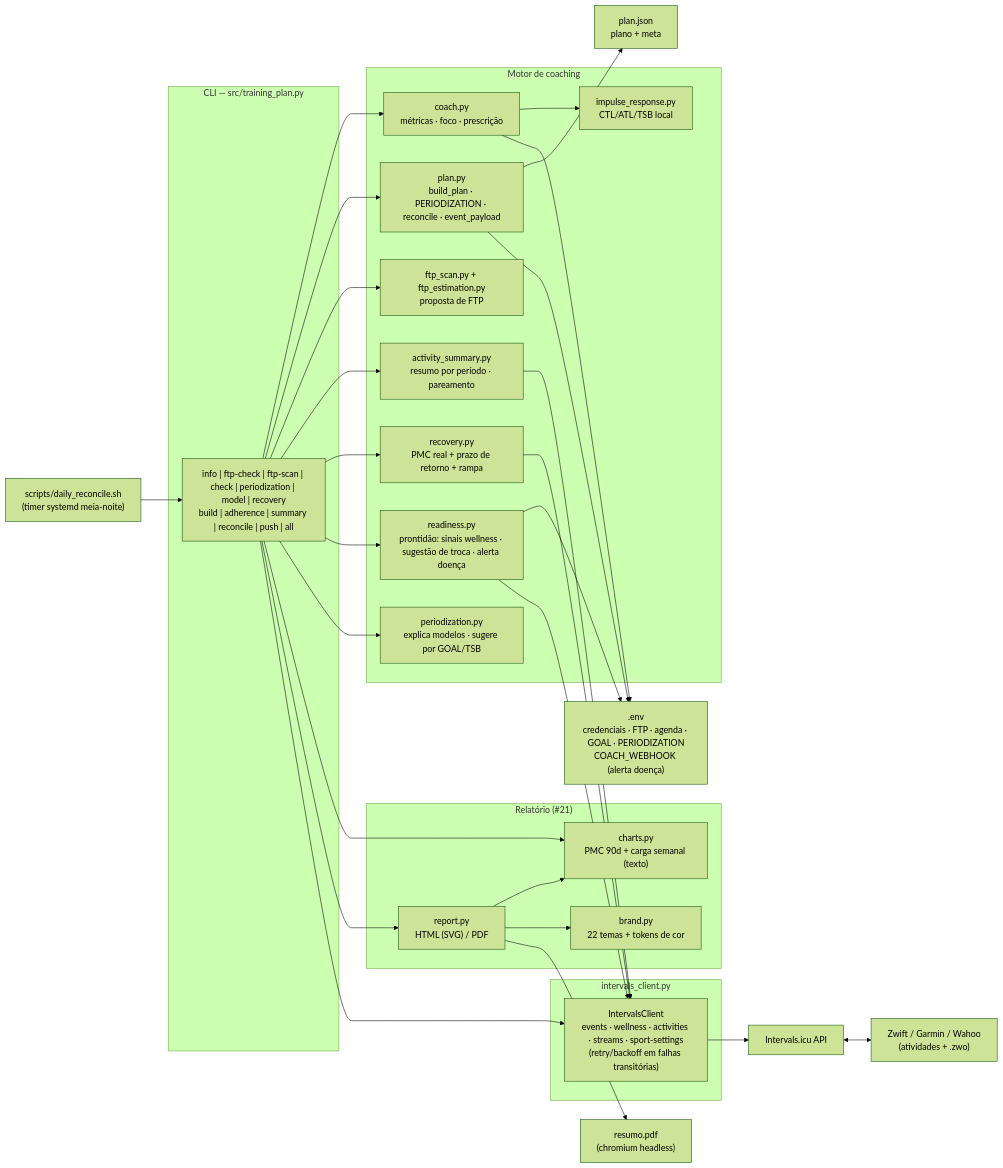
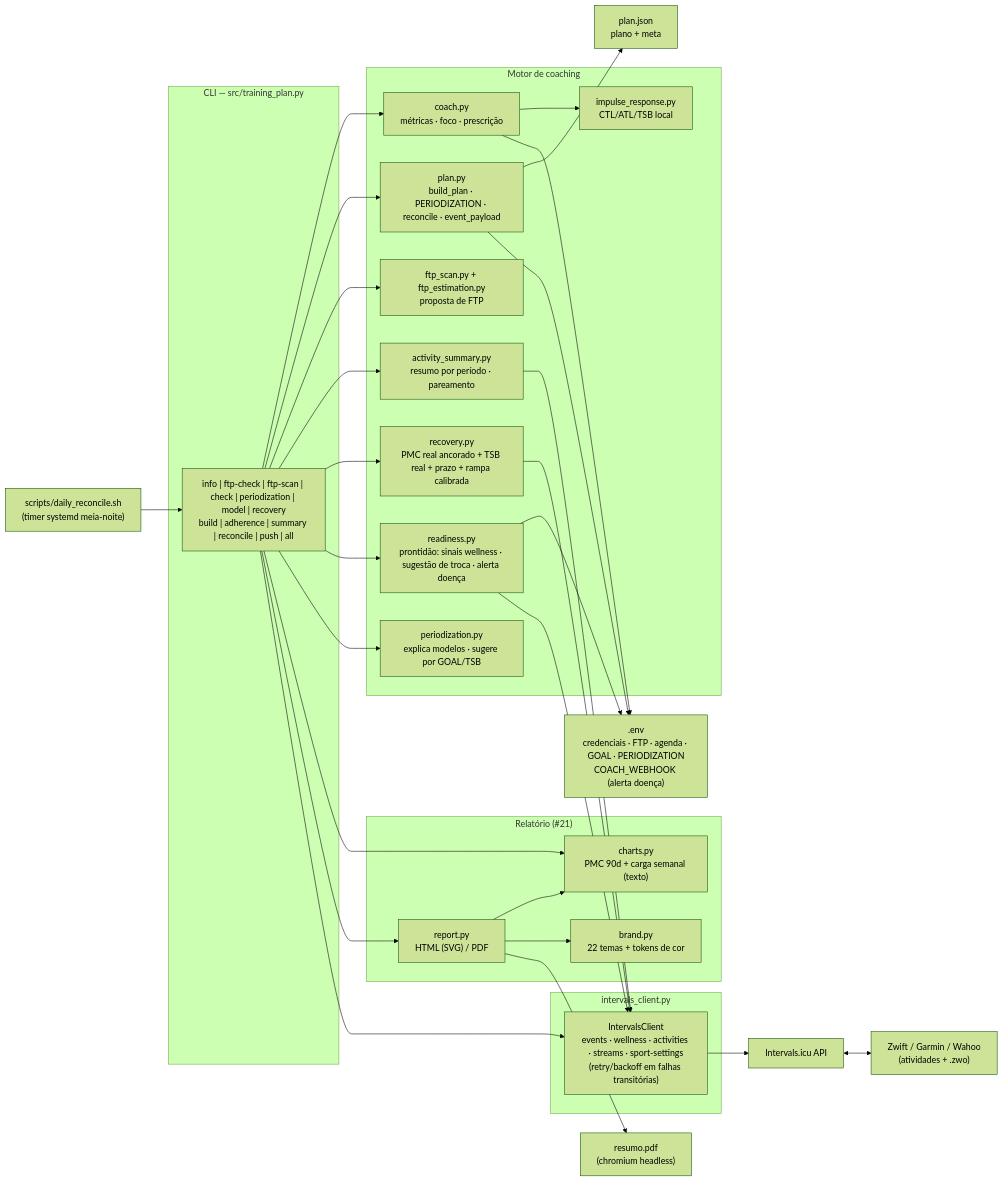
Before and after one commit to valdelin/Hermes-coach: the first of 6 diagrams in docs/DIAGRAMAS.md, drawn with Mermaid (forest theme). The commit also changed other lines of this file and 9 other files, not shown here.

First line of the commit message:
docs(diagramas): diagramas alinhados ao codigo atual (v0.0.29, 374 testes)

````diff
--- a/docs/DIAGRAMAS.md
+++ b/docs/DIAGRAMAS.md
@@ -31,60 +31,60 @@
 ```mermaid
 flowchart LR
     subgraph CLI["CLI — src/training_plan.py"]
         CMD["info | ftp-check | ftp-scan | check | periodization | model | recovery<br/>build | adherence | summary | reconcile | push | all"]
     end
 
     subgraph CORE["Motor de coaching"]
         COACH["coach.py<br/>métricas · foco · prescrição"]
         PLAN["plan.py<br/>build_plan · PERIODIZATION · reconcile · event_payload"]
         IR["impulse_response.py<br/>CTL/ATL/TSB local"]
         FTPS["ftp_scan.py + ftp_estimation.py<br/>proposta de FTP"]
         AS["activity_summary.py<br/>resumo por período · pareamento"]
-        REC["recovery.py<br/>PMC real + prazo de retorno + rampa"]
+        REC["recovery.py<br/>PMC real ancorado + TSB real + prazo + rampa calibrada"]
         RD["readiness.py<br/>prontidão: sinais wellness · sugestão de troca · alerta doença"]
         PER["periodization.py<br/>explica modelos · sugere por GOAL/TSB"]
     end
 
     subgraph REPORT["Relatório (#21)"]
         CH["charts.py<br/>PMC 90d + carga semanal (texto)"]
         RP["report.py<br/>HTML (SVG) / PDF"]
         BR["brand.py<br/>22 temas + tokens de cor"]
     end
 
     subgraph API["intervals_client.py"]
         CLIENT["IntervalsClient<br/>events · wellness · activities · streams · sport-settings<br/>(retry/backoff em falhas transitórias)"]
     end
 
     ENV[".env<br/>credenciais · FTP · agenda · GOAL · PERIODIZATION<br/>COACH_WEBHOOK (alerta doença)"]
     PLANFILE["plan.json<br/>plano + meta"]
     SH["scripts/daily_reconcile.sh<br/>(timer systemd meia-noite)"]
 
     INTERVALS["Intervals.icu API"]
     APPS["Zwift / Garmin / Wahoo<br/>(atividades + .zwo)"]
     PDF["resumo.pdf<br/>(chromium headless)"]
 
     CMD --> COACH
     CMD --> PLAN
     CMD --> FTPS
     CMD --> AS
     CMD --> REC
     CMD --> RD
     CMD --> PER
     CMD --> CH
     CMD --> RP
     COACH --> IR
     CMD --> CLIENT
     PLAN --> PLANFILE
     COACH --> ENV
     PLAN --> ENV
     RD --> ENV
     AS --> CLIENT
     REC --> CLIENT
     RD --> CLIENT
     CLIENT --> INTERVALS
     INTERVALS <--> APPS
     SH --> CMD
     RP --> CH
     RP --> BR
     RP --> PDF
 ```
````
